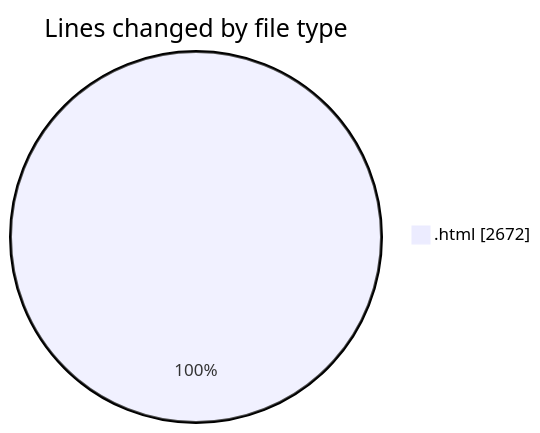
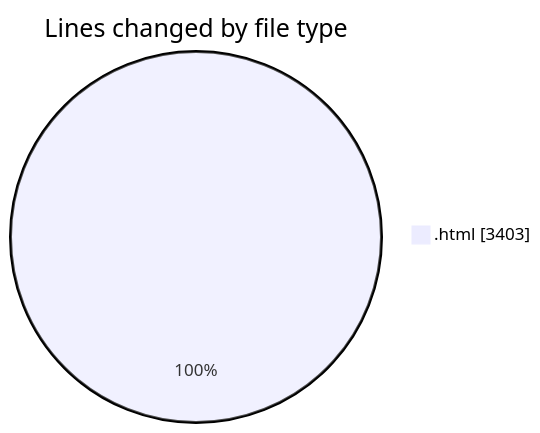
One commit to Ritupan-Deka/code-tracking changed the first of 2 diagrams in 2025-06-17/projects/README.md. Above: the diagram before and after it, drawn with Mermaid. The commit also changed other lines of this file and 1 other file, not shown here.

````diff
--- a/2025-06-17/projects/README.md
+++ b/2025-06-17/projects/README.md
@@ -21,5 +21,5 @@
 ```mermaid
 pie showData
 title Lines changed by file type
-".html" : 2672
+".html" : 3403
 ```
````
